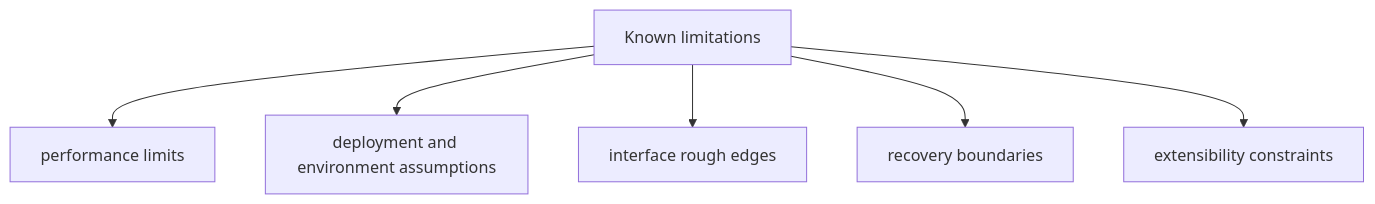
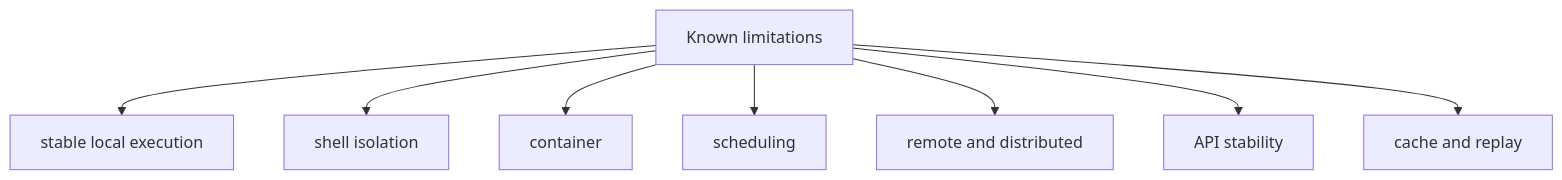
Before and after one commit to bijux/bijux-cli: the diagram in docs/bijux-dag/quality/known-limitations.md, drawn with Mermaid. The commit also changed other lines of this file, not shown here.

Commit message:
docs(limitations): organize known limitation categories

````diff
--- a/docs/bijux-dag/quality/known-limitations.md
+++ b/docs/bijux-dag/quality/known-limitations.md
@@ -18,9 +28,11 @@
 ```mermaid
 flowchart TD
     limitations[Known limitations]
-    limitations --> performance[performance limits]
-    limitations --> environment[deployment and environment assumptions]
-    limitations --> interfaces[interface rough edges]
-    limitations --> recovery[recovery boundaries]
-    limitations --> extensibility[extensibility constraints]
+    limitations --> local[stable local execution]
+    limitations --> shell[shell isolation]
+    limitations --> container[container]
+    limitations --> scheduling[scheduling]
+    limitations --> remote[remote and distributed]
+    limitations --> api[API stability]
+    limitations --> replay[cache and replay]
 ```
````
